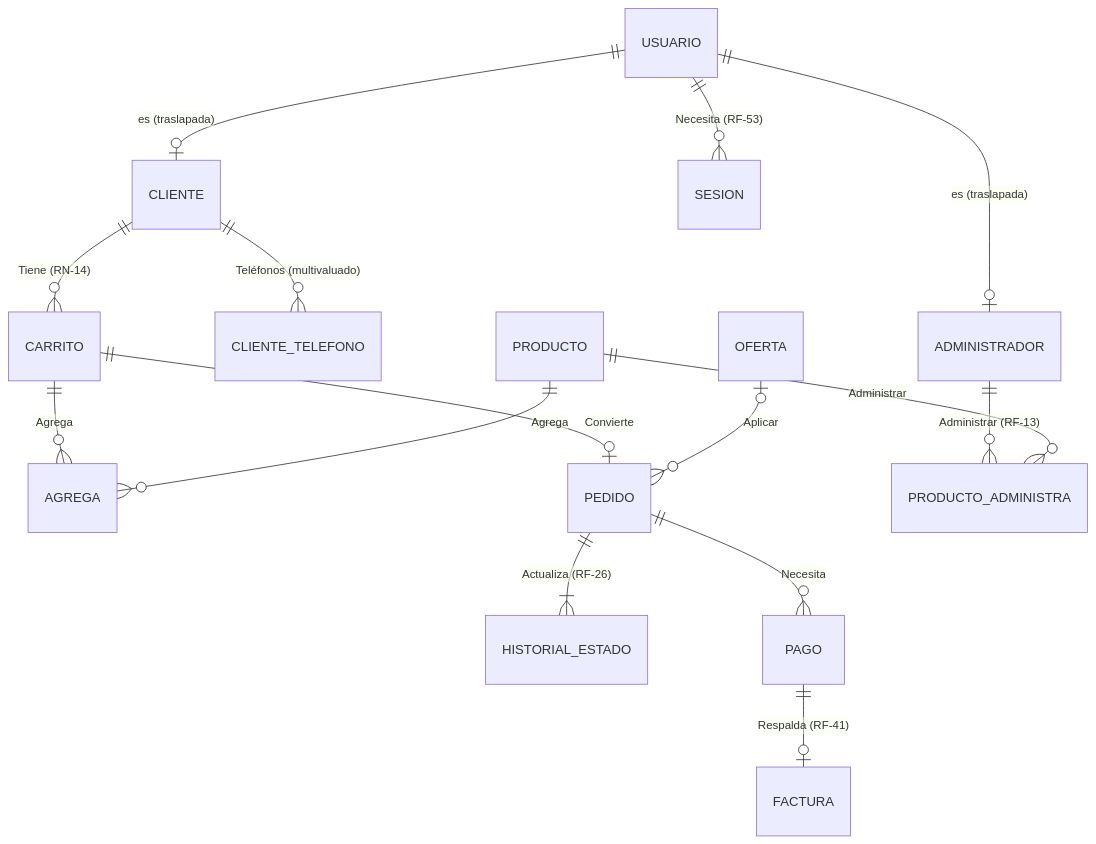
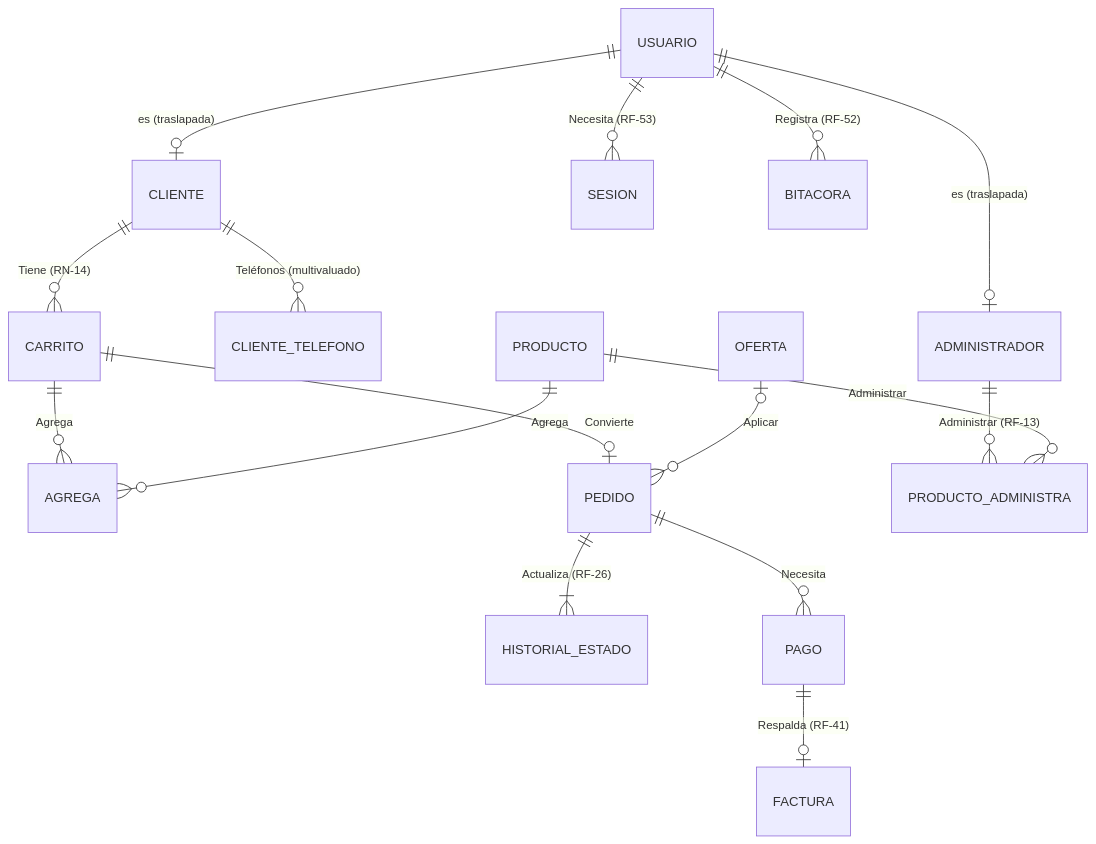
Before and after one commit to juanselospi/21CoPilots_PIBasesIngesoft: the diagram in documentos/diseño/modelo-datos.md, drawn with Mermaid. The commit also changed other lines of this file and 6 other files, not shown here.

````diff
--- a/documentos/diseño/modelo-datos.md
+++ b/documentos/diseño/modelo-datos.md
@@ -42,17 +42,18 @@
 ```mermaid
 erDiagram
     USUARIO ||--o| ADMINISTRADOR : "es (traslapada)"
     USUARIO ||--o| CLIENTE : "es (traslapada)"
     USUARIO ||--o{ SESION : "Necesita (RF-53)"
     CLIENTE ||--o{ CLIENTE_TELEFONO : "Teléfonos (multivaluado)"
     CLIENTE ||--o{ CARRITO : "Tiene (RN-14)"
     CARRITO ||--o{ AGREGA : Agrega
     PRODUCTO ||--o{ AGREGA : Agrega
     CARRITO ||--o| PEDIDO : Convierte
     OFERTA |o--o{ PEDIDO : Aplicar
     PEDIDO ||--|{ HISTORIAL_ESTADO : "Actualiza (RF-26)"
     PEDIDO ||--o{ PAGO : Necesita
     PAGO ||--o| FACTURA : "Respalda (RF-41)"
     ADMINISTRADOR ||--o{ PRODUCTO_ADMINISTRA : "Administrar (RF-13)"
     PRODUCTO ||--o{ PRODUCTO_ADMINISTRA : Administrar
+    USUARIO ||--o{ BITACORA : "Registra (RF-52)"
 ```
````
